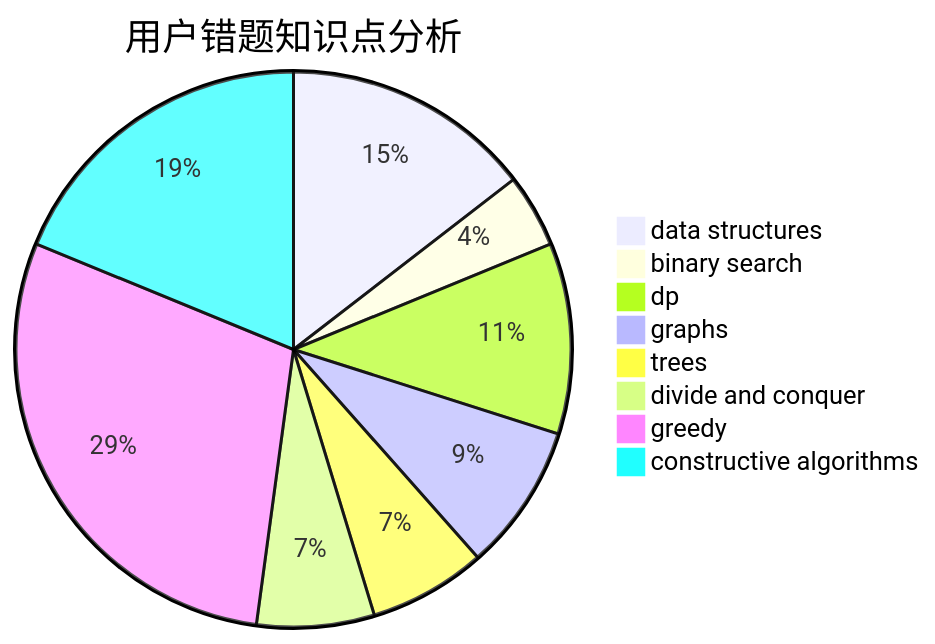
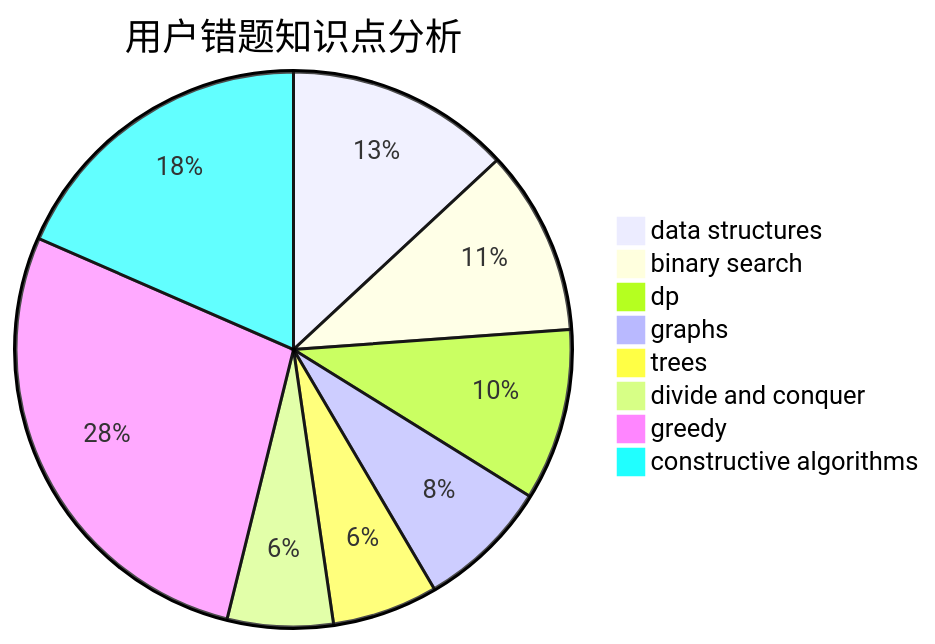
The third of 3 diagrams in docs/user/u2351.md (sherpahu/cfrs.github.io), drawn with Mermaid before and after one commit. The commit also changed other lines of this file and 2770 other files, not shown here.

````diff
--- a/docs/user/u2351.md
+++ b/docs/user/u2351.md
@@ -36,11 +36,11 @@
 ```mermaid
 pie title 用户错题知识点分析
     "data structures" :  17
-    "binary search" :  5
+    "binary search" :  14
     "dp" :  13
     "graphs" :  10
     "trees" :  8
     "divide and conquer" :  8
-    "greedy" :  34
-    "constructive algorithms" :  22
+    "greedy" :  36
+    "constructive algorithms" :  24
 ```
````
